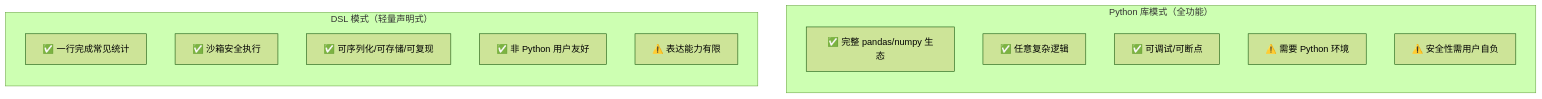
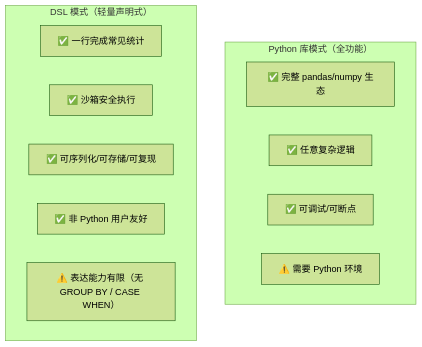
Before and after one commit to RESBI/StockStatistic: diagram 13 of 23 in DESIGN_CN.md, drawn with Mermaid (forest theme). The commit also changed other lines of this file and 12 other files, not shown here.

````diff
--- a/DESIGN_CN.md
+++ b/DESIGN_CN.md
@@ -885,20 +929,17 @@
 ```mermaid
 graph TB
     subgraph "Python 库模式（全功能）"
-        direction TB
         P1["✅ 完整 pandas/numpy 生态"]
         P2["✅ 任意复杂逻辑"]
         P3["✅ 可调试/可断点"]
         P4["⚠️ 需要 Python 环境"]
-        P5["⚠️ 安全性需用户自负"]
     end
-    
+
     subgraph "DSL 模式（轻量声明式）"
-        direction TB
         D1["✅ 一行完成常见统计"]
         D2["✅ 沙箱安全执行"]
         D3["✅ 可序列化/可存储/可复现"]
         D4["✅ 非 Python 用户友好"]
-        D5["⚠️ 表达能力有限"]
+        D5["⚠️ 表达能力有限（无 GROUP BY / CASE WHEN）"]
     end
 ```
````
